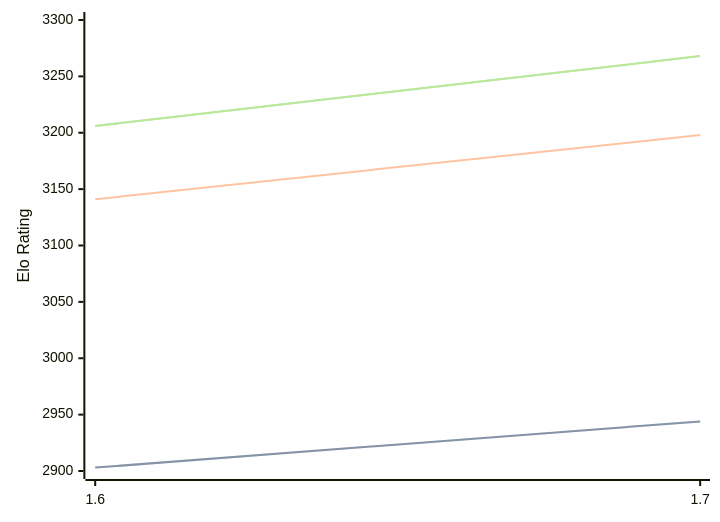
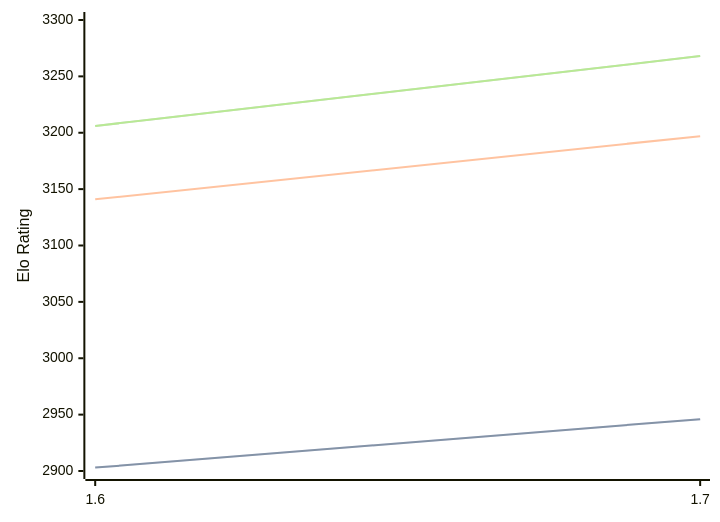
The diagram in engines/Bitbit.md (computer-chess-index/cci), drawn with Mermaid before and after one commit. The commit also changed other lines of this file, not shown here.

````diff
--- a/engines/Bitbit.md
+++ b/engines/Bitbit.md
@@ -32,11 +32,11 @@
 ```mermaid
 %%{init: {"theme":"base","themeVariables":{"seriesColors:['#a3a3a3','#222221','#faa371']}}}%%
 xychart-beta
   x-axis ["1.6", "1.7"]
   y-axis "Elo Rating" 2900 --> 3300
-  line "" [2903, 2944]
-  line "STC (8.0+0.08s)" [2903, 2944]
-  line "LTC (60.0+0.60s)" [3141, 3198]
+  line "" [2903, 2946]
+  line "STC (8.0+0.08s)" [2903, 2946]
+  line "LTC (60.0+0.60s)" [3141, 3197]
   line "" [3206, 3268]
   line "VLTC (2m24s+1.12s)" [3206, 3268]
 ```
````
